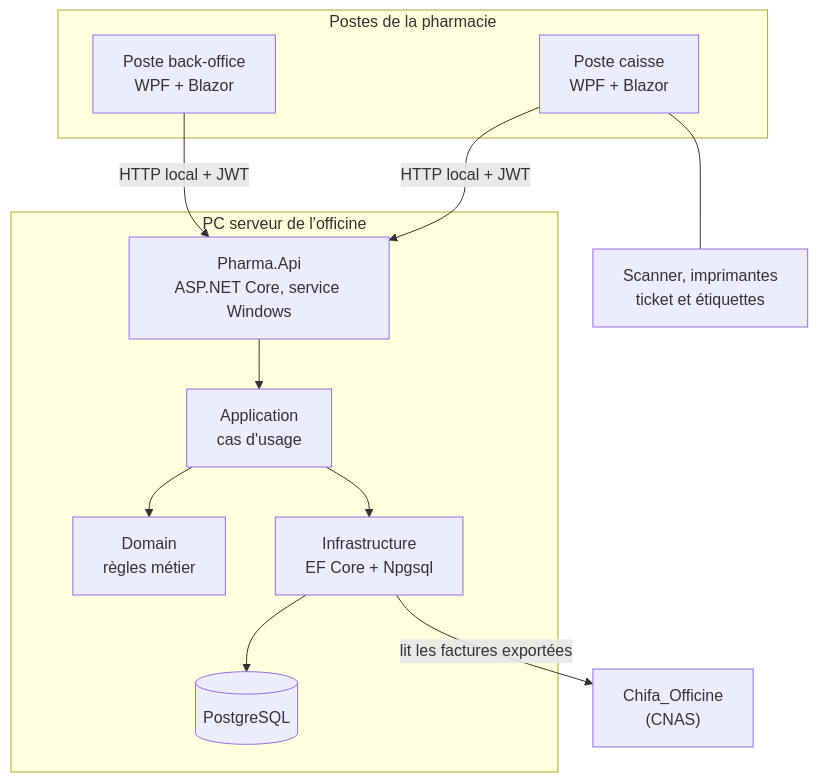
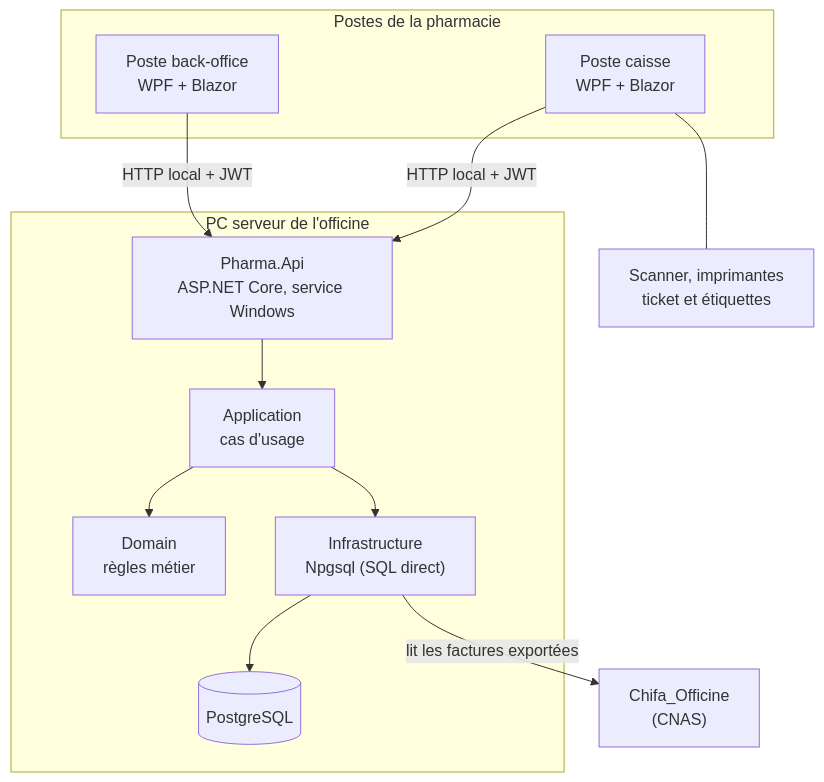
Before and after one commit to aissadjellouli/GestionPhamacie: the second of 2 diagrams in docs/architecture.md, drawn with Mermaid. The commit also changed other lines of this file and 190 other files, not shown here.

````diff
--- a/docs/architecture.md
+++ b/docs/architecture.md
@@ -22,23 +22,23 @@
 ```mermaid
 flowchart TB
     subgraph Postes["Postes de la pharmacie"]
         C["Poste caisse<br/>WPF + Blazor"]
         B["Poste back-office<br/>WPF + Blazor"]
     end
     subgraph Serveur["PC serveur de l'officine"]
         API["Pharma.Api<br/>ASP.NET Core, service Windows"]
         APP["Application<br/>cas d'usage"]
         DOM["Domain<br/>règles métier"]
-        INF["Infrastructure<br/>EF Core + Npgsql"]
+        INF["Infrastructure<br/>Npgsql (SQL direct)"]
         PG[("PostgreSQL")]
     end
     CHIFA["Chifa_Officine<br/>(CNAS)"]
     MAT["Scanner, imprimantes<br/>ticket et étiquettes"]
 
     C -->|HTTP local + JWT| API
     B -->|HTTP local + JWT| API
     API --> APP --> DOM
     APP --> INF --> PG
     INF -->|lit les factures exportées| CHIFA
     C --- MAT
 ```
````
